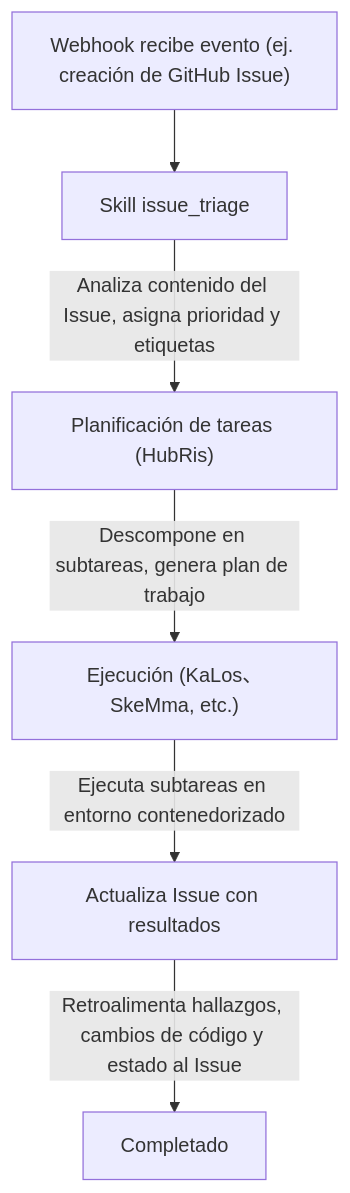
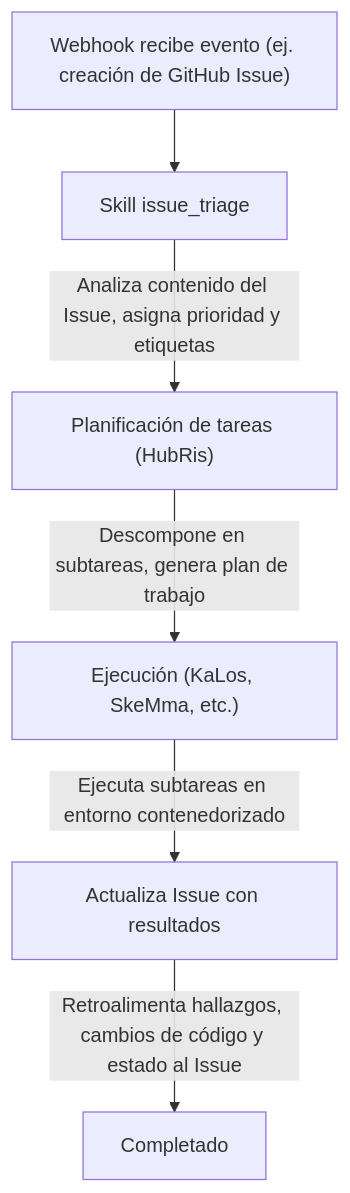
One commit to celestia-island/docs.celestia.world changed the diagram in docs/es/guides/core/issue-tracking.md. Above: the diagram before and after it, drawn with Mermaid. The commit also changed other lines of this file and 323 other files, not shown here.

````diff
--- a/docs/es/guides/core/issue-tracking.md
+++ b/docs/es/guides/core/issue-tracking.md
@@ -124,8 +124,8 @@
 ```mermaid
 flowchart TB
     A["Webhook recibe evento (ej. creación de GitHub Issue)"] --> B["Skill issue_triage"]
     B -- "Analiza contenido del Issue, asigna prioridad y etiquetas" --> C["Planificación de tareas (HubRis)"]
-    C -- "Descompone en subtareas, genera plan de trabajo" --> D["Ejecución (KaLos、SkeMma, etc.)"]
+    C -- "Descompone en subtareas, genera plan de trabajo" --> D["Ejecución (KaLos, SkeMma, etc.)"]
     D -- "Ejecuta subtareas en entorno contenedorizado" --> E["Actualiza Issue con resultados"]
     E -- "Retroalimenta hallazgos, cambios de código y estado al Issue" --> F["Completado"]
 ```
````
